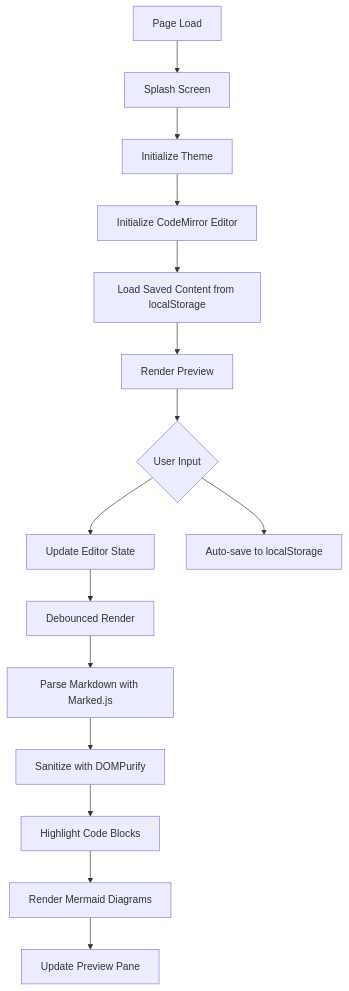
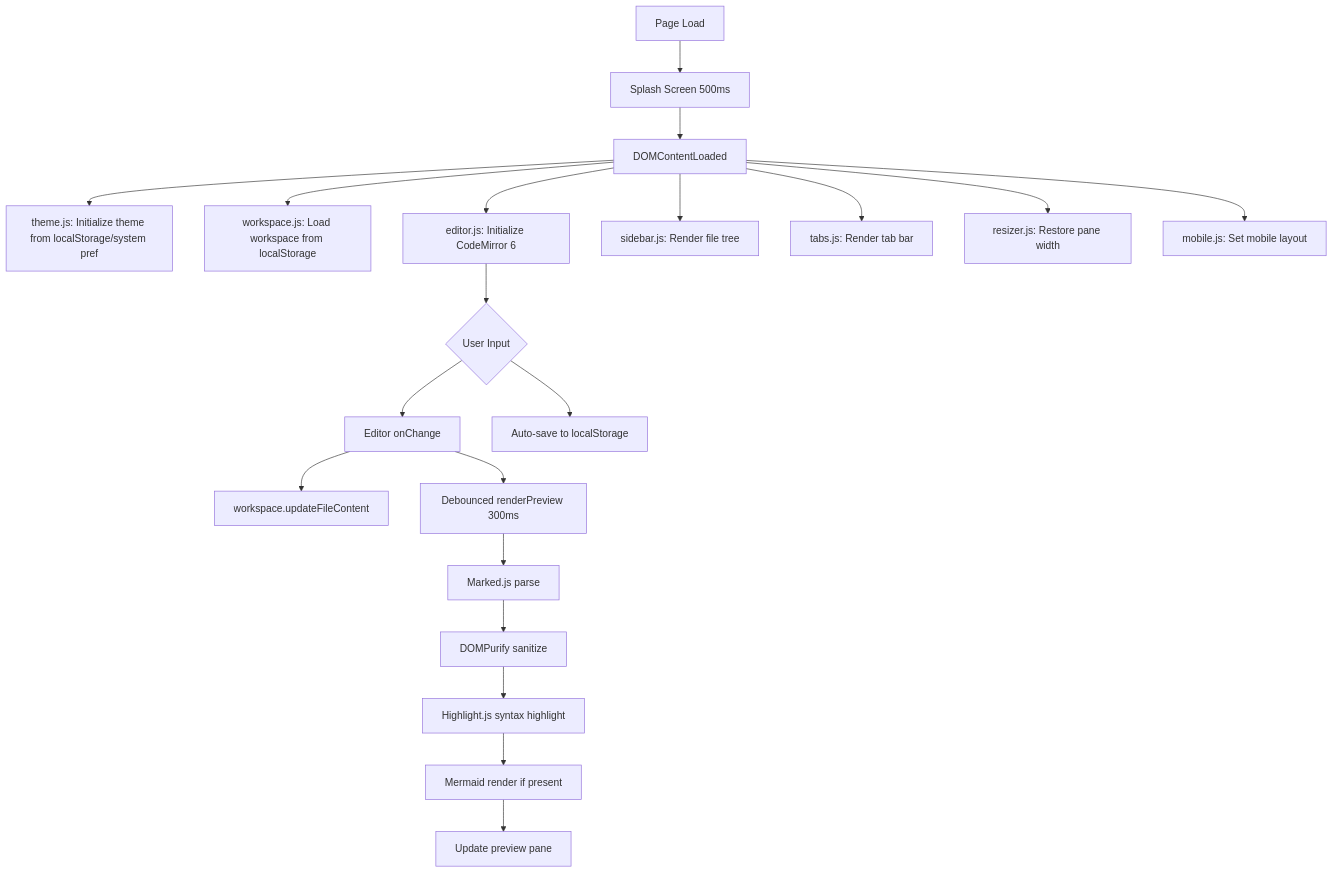
Before and after one commit to MrImaginatory/MarkShare: the first of 2 diagrams in README.md, drawn with Mermaid. The commit also changed other lines of this file, not shown here.

````diff
--- a/README.md
+++ b/README.md
@@ -260,19 +464,24 @@
 ```mermaid
 flowchart TD
-    A[Page Load] --> B[Splash Screen]
-    B --> C[Initialize Theme]
-    C --> D[Initialize CodeMirror Editor]
-    D --> E[Load Saved Content from localStorage]
-    E --> F[Render Preview]
+    A[Page Load] --> B[Splash Screen 500ms]
+    B --> C[DOMContentLoaded]
+    C --> D[theme.js: Initialize theme from localStorage/system pref]
+    C --> E[workspace.js: Load workspace from localStorage]
+    C --> F[editor.js: Initialize CodeMirror 6]
+    C --> G[sidebar.js: Render file tree]
+    C --> H[tabs.js: Render tab bar]
+    C --> I[resizer.js: Restore pane width]
+    C --> J[mobile.js: Set mobile layout]
 
-    F --> G{User Input}
-    G --> H[Update Editor State]
-    H --> I[Debounced Render]
-    I --> J[Parse Markdown with Marked.js]
-    J --> K[Sanitize with DOMPurify]
-    K --> L[Highlight Code Blocks]
-    L --> M[Render Mermaid Diagrams]
-    M --> N[Update Preview Pane]
+    F --> K{User Input}
+    K --> L[Editor onChange]
+    L --> M[workspace.updateFileContent]
+    L --> N[Debounced renderPreview 300ms]
+    N --> O[Marked.js parse]
+    O --> P[DOMPurify sanitize]
+    P --> Q[Highlight.js syntax highlight]
+    Q --> R[Mermaid render if present]
+    R --> S[Update preview pane]
 
-    G --> O[Auto-save to localStorage]
+    K --> T[Auto-save to localStorage]
 ```
````
